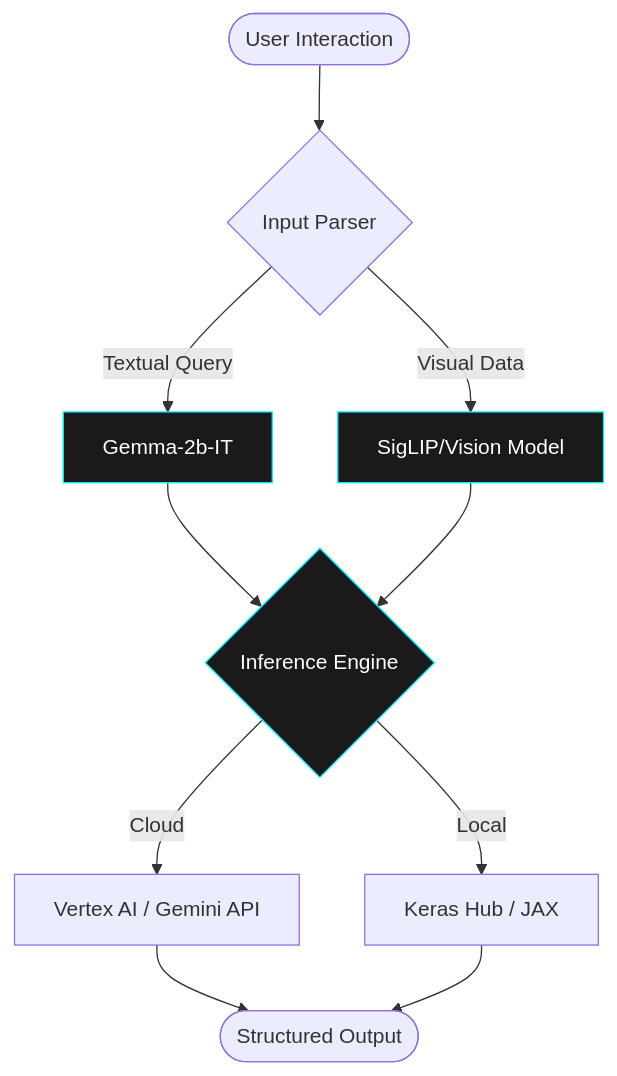
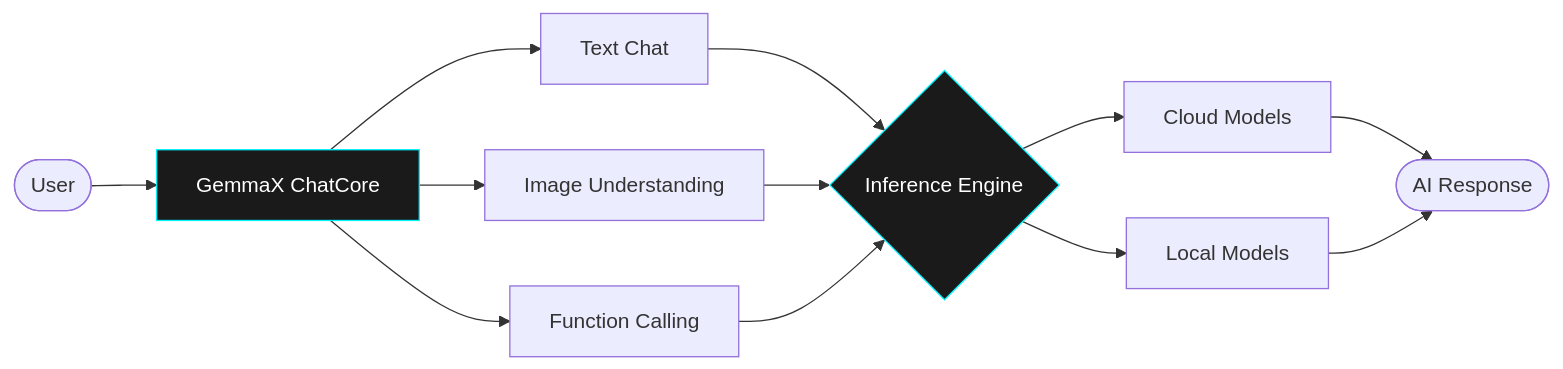
One commit to jibitesh-auth/jibitesh-auth changed the second of 2 diagrams in README.md. Above: the diagram before and after it, drawn with Mermaid.

````diff
--- a/README.md
+++ b/README.md
@@ -104,15 +104,23 @@
 ```mermaid
-graph TD
-    User([User Interaction]) --> Interface{Input Parser}
-    Interface -- "Textual Query" --> LLM[Gemma-2b-IT]
-    Interface -- "Visual Data" --> Vision[SigLIP/Vision Model]
-    LLM --> Inference{Inference Engine}
-    Vision --> Inference
-    Inference -- "Cloud" --> GoogleGenAI[Vertex AI / Gemini API]
-    Inference -- "Local" --> KerasHub[Keras Hub / JAX]
-    GoogleGenAI --> Response([Structured Output])
-    KerasHub --> Response
-    style LLM fill:#1a1a1a,stroke:#00F2FF,stroke-width:1px,color:#fff
-    style Vision fill:#1a1a1a,stroke:#00F2FF,stroke-width:1px,color:#fff
-    style Inference fill:#1a1a1a,stroke:#00F2FF,stroke-width:1px,color:#fff
+graph LR
+
+A([User])
+--> B[GemmaX ChatCore]
+
+B --> C[Text Chat]
+B --> D[Image Understanding]
+B --> E[Function Calling]
+
+C --> F{Inference Engine}
+D --> F
+E --> F
+
+F --> G[Cloud Models]
+F --> H[Local Models]
+
+G --> I([AI Response])
+H --> I
+
+style B fill:#1a1a1a,stroke:#00F2FF,color:#fff
+style F fill:#1a1a1a,stroke:#00F2FF,color:#fff
 ```
````
